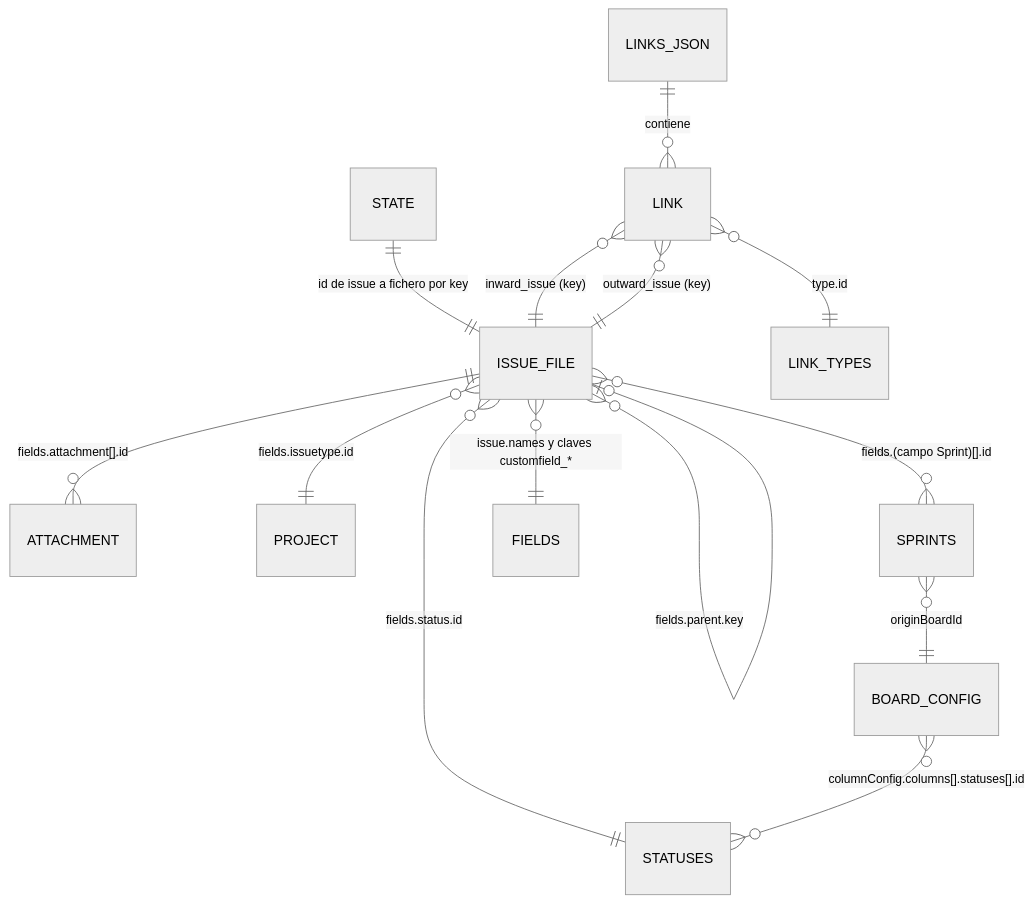
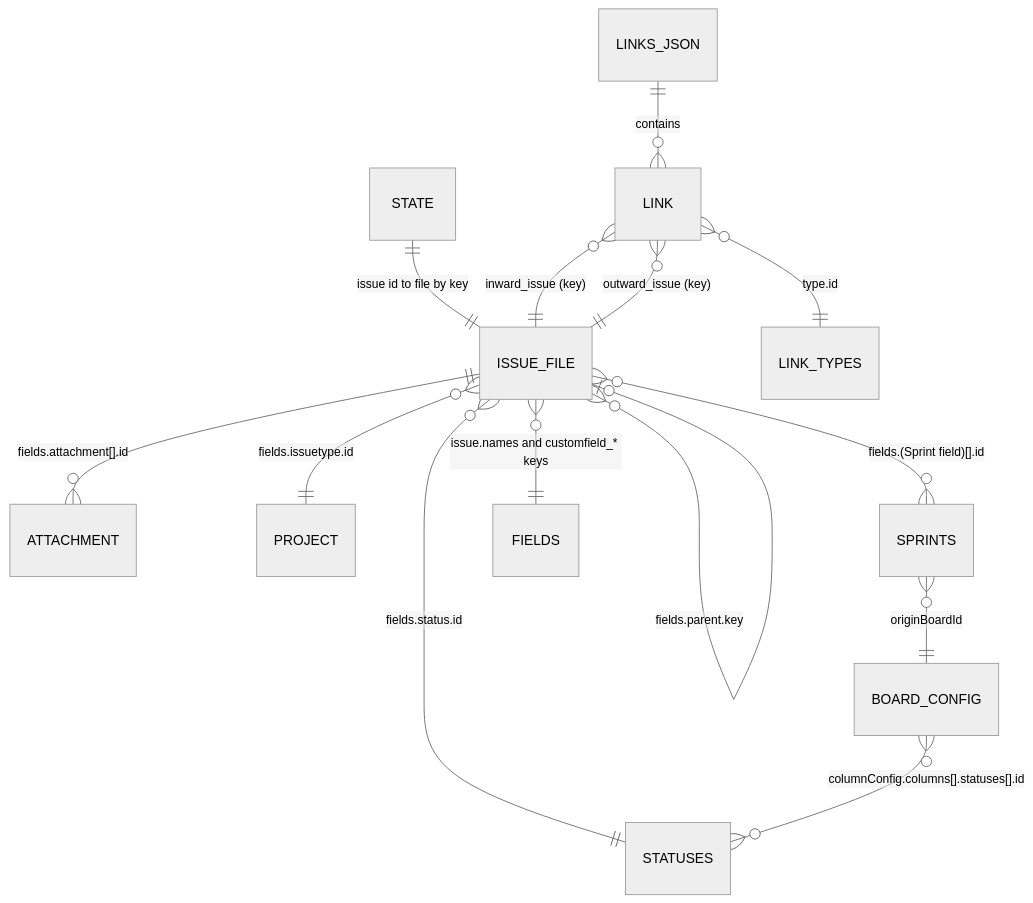
Before and after one commit to alexmarco/jira-project-sync: the second of 2 diagrams in README.md, drawn with Mermaid (neutral theme). The commit also changed other lines of this file and 1 other file, not shown here.

````diff
--- a/README.md
+++ b/README.md
@@ -143,16 +145,16 @@
 ```mermaid
 erDiagram
-    STATE ||--|| ISSUE_FILE : "id de issue a fichero por key"
+    STATE ||--|| ISSUE_FILE : "issue id to file by key"
     ISSUE_FILE ||--o{ ATTACHMENT : "fields.attachment[].id"
     ISSUE_FILE }o--o| ISSUE_FILE : "fields.parent.key"
-    LINKS_JSON ||--o{ LINK : contiene
+    LINKS_JSON ||--o{ LINK : contains
     LINK }o--|| ISSUE_FILE : "inward_issue (key)"
     LINK }o--|| ISSUE_FILE : "outward_issue (key)"
     LINK }o--|| LINK_TYPES : "type.id"
     ISSUE_FILE }o--|| STATUSES : "fields.status.id"
     ISSUE_FILE }o--|| PROJECT : "fields.issuetype.id"
-    ISSUE_FILE }o--o{ SPRINTS : "fields.(campo Sprint)[].id"
-    ISSUE_FILE }o--|| FIELDS : "issue.names y claves customfield_*"
+    ISSUE_FILE }o--o{ SPRINTS : "fields.(Sprint field)[].id"
+    ISSUE_FILE }o--|| FIELDS : "issue.names and customfield_* keys"
     BOARD_CONFIG }o--o{ STATUSES : "columnConfig.columns[].statuses[].id"
     SPRINTS }o--|| BOARD_CONFIG : "originBoardId"
 ```
````
